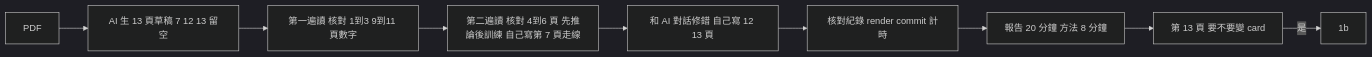
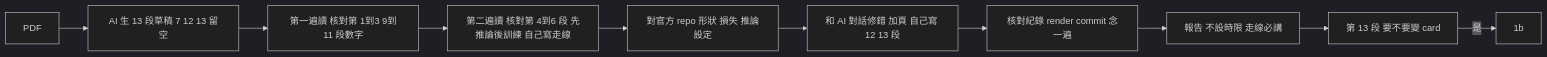
The diagram in guides/paper_reading/paper_to_slides.md (SigSpeechAI-NTNU/Lab-Hub), drawn with Mermaid (dark theme) before and after one commit. The commit also changed other lines of this file and 4 other files, not shown here.

````diff
--- a/guides/paper_reading/paper_to_slides.md
+++ b/guides/paper_reading/paper_to_slides.md
@@ -24,11 +25,12 @@
 ```mermaid
 flowchart LR
-  P[PDF] --> AI[AI 生 13 頁草稿 7 12 13 留空]
-  AI --> R1[第一遍讀 核對 1到3 9到11 頁數字]
-  R1 --> R2[第二遍讀 核對 4到6 頁 先推論後訓練 自己寫第 7 頁走線]
-  R2 --> FX[和 AI 對話修錯 自己寫 12 13 頁]
-  FX --> OUT[核對紀錄 render commit 計時]
-  OUT --> T[報告 20 分鐘 方法 8 分鐘]
-  T --> C[第 13 頁 要不要變 card]
+  P[PDF] --> AI[AI 生 13 段草稿 7 12 13 留空]
+  AI --> R1[第一遍讀 核對第 1到3 9到11 段數字]
+  R1 --> R2[第二遍讀 核對第 4到6 段 先推論後訓練 自己寫走線]
+  R2 --> CD[對官方 repo 形狀 損失 推論設定]
+  CD --> FX[和 AI 對話修錯 加頁 自己寫 12 13 段]
+  FX --> OUT[核對紀錄 render commit 念一遍]
+  OUT --> T[報告 不設時限 走線必講]
+  T --> C[第 13 段 要不要變 card]
   C -->|是| IB[1b]
 ```
````
